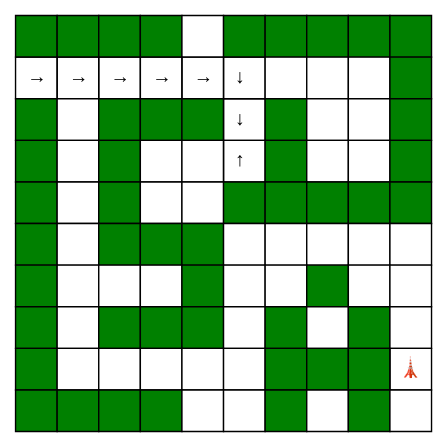
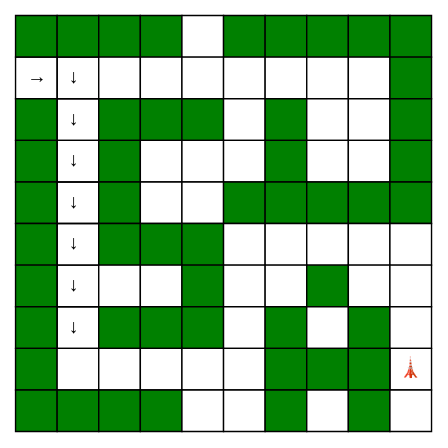
Before and after one commit to Changyue-Tan/COMP9024: the diagram in tut/week10/images/HtmlMaze_0018.dot, drawn with Graphviz. The commit also changed 342 other files, not shown here.

```diff
--- a/tut/week10/images/HtmlMaze_0018.dot
+++ b/tut/week10/images/HtmlMaze_0018.dot
@@ -1,126 +1,126 @@
 digraph maze { 
 Maze [shape=none, margin=0, label=< 
 <table border="0" cellborder="1" cellspacing="0" cellpadding="0"> 
 <tr> 
 <td width="30" height="30" bgcolor="green"></td> 
 <td width="30" height="30" bgcolor="green"></td> 
 <td width="30" height="30" bgcolor="green"></td> 
 <td width="30" height="30" bgcolor="green"></td> 
 <td width="30" height="30" bgcolor="white"></td> 
 <td width="30" height="30" bgcolor="green"></td> 
 <td width="30" height="30" bgcolor="green"></td> 
 <td width="30" height="30" bgcolor="green"></td> 
 <td width="30" height="30" bgcolor="green"></td> 
 <td width="30" height="30" bgcolor="green"></td> 
 </tr> 
 <tr> 
 <td width="30" height="30">&#x2192;</td> 
-<td width="30" height="30">&#x2192;</td> 
-<td width="30" height="30">&#x2192;</td> 
-<td width="30" height="30">&#x2192;</td> 
-<td width="30" height="30">&#x2192;</td> 
 <td width="30" height="30">&#x2193;</td> 
+<td width="30" height="30" bgcolor="white"></td> 
+<td width="30" height="30" bgcolor="white"></td> 
+<td width="30" height="30" bgcolor="white"></td> 
+<td width="30" height="30" bgcolor="white"></td> 
 <td width="30" height="30" bgcolor="white"></td> 
 <td width="30" height="30" bgcolor="white"></td> 
 <td width="30" height="30" bgcolor="white"></td> 
 <td width="30" height="30" bgcolor="green"></td> 
 </tr> 
 <tr> 
 <td width="30" height="30" bgcolor="green"></td> 
-<td width="30" height="30" bgcolor="white"></td> 
+<td width="30" height="30">&#x2193;</td> 
 <td width="30" height="30" bgcolor="green"></td> 
 <td width="30" height="30" bgcolor="green"></td> 
 <td width="30" height="30" bgcolor="green"></td> 
-<td width="30" height="30">&#x2193;</td> 
+<td width="30" height="30" bgcolor="white"></td> 
 <td width="30" height="30" bgcolor="green"></td> 
 <td width="30" height="30" bgcolor="white"></td> 
 <td width="30" height="30" bgcolor="white"></td> 
 <td width="30" height="30" bgcolor="green"></td> 
 </tr> 
 <tr> 
 <td width="30" height="30" bgcolor="green"></td> 
-<td width="30" height="30" bgcolor="white"></td> 
+<td width="30" height="30">&#x2193;</td> 
 <td width="30" height="30" bgcolor="green"></td> 
 <td width="30" height="30" bgcolor="white"></td> 
 <td width="30" height="30" bgcolor="white"></td> 
-<td width="30" height="30">&#x2191;</td> 
+<td width="30" height="30" bgcolor="white"></td> 
 <td width="30" height="30" bgcolor="green"></td> 
 <td width="30" height="30" bgcolor="white"></td> 
 <td width="30" height="30" bgcolor="white"></td> 
 <td width="30" height="30" bgcolor="green"></td> 
 </tr> 
 <tr> 
 <td width="30" height="30" bgcolor="green"></td> 
-<td width="30" height="30" bgcolor="white"></td> 
+<td width="30" height="30">&#x2193;</td> 
 <td width="30" height="30" bgcolor="green"></td> 
 <td width="30" height="30" bgcolor="white"></td> 
 <td width="30" height="30" bgcolor="white"></td> 
 <td width="30" height="30" bgcolor="green"></td> 
 <td width="30" height="30" bgcolor="green"></td> 
 <td width="30" height="30" bgcolor="green"></td> 
 <td width="30" height="30" bgcolor="green"></td> 
 <td width="30" height="30" bgcolor="green"></td> 
 </tr> 
 <tr> 
 <td width="30" height="30" bgcolor="green"></td> 
-<td width="30" height="30" bgcolor="white"></td> 
+<td width="30" height="30">&#x2193;</td> 
 <td width="30" height="30" bgcolor="green"></td> 
 <td width="30" height="30" bgcolor="green"></td> 
 <td width="30" height="30" bgcolor="green"></td> 
 <td width="30" height="30" bgcolor="white"></td> 
 <td width="30" height="30" bgcolor="white"></td> 
 <td width="30" height="30" bgcolor="white"></td> 
 <td width="30" height="30" bgcolor="white"></td> 
 <td width="30" height="30" bgcolor="white"></td> 
 </tr> 
 <tr> 
 <td width="30" height="30" bgcolor="green"></td> 
-<td width="30" height="30" bgcolor="white"></td> 
+<td width="30" height="30">&#x2193;</td> 
 <td width="30" height="30" bgcolor="white"></td> 
 <td width="30" height="30" bgcolor="white"></td> 
 <td width="30" height="30" bgcolor="green"></td> 
 <td width="30" height="30" bgcolor="white"></td> 
 <td width="30" height="30" bgcolor="white"></td> 
 <td width="30" height="30" bgcolor="green"></td> 
 <td width="30" height="30" bgcolor="white"></td> 
 <td width="30" height="30" bgcolor="white"></td> 
 </tr> 
 <tr> 
 <td width="30" height="30" bgcolor="green"></td> 
-<td width="30" height="30" bgcolor="white"></td> 
+<td width="30" height="30">&#x2193;</td> 
 <td width="30" height="30" bgcolor="green"></td> 
 <td width="30" height="30" bgcolor="green"></td> 
 <td width="30" height="30" bgcolor="green"></td> 
 <td width="30" height="30" bgcolor="white"></td> 
 <td width="30" height="30" bgcolor="green"></td> 
 <td width="30" height="30" bgcolor="white"></td> 
 <td width="30" height="30" bgcolor="green"></td> 
 <td width="30" height="30" bgcolor="white"></td> 
 </tr> 
 <tr> 
 <td width="30" height="30" bgcolor="green"></td> 
 <td width="30" height="30" bgcolor="white"></td> 
 <td width="30" height="30" bgcolor="white"></td> 
 <td width="30" height="30" bgcolor="white"></td> 
 <td width="30" height="30" bgcolor="white"></td> 
 <td width="30" height="30" bgcolor="white"></td> 
 <td width="30" height="30" bgcolor="green"></td> 
 <td width="30" height="30" bgcolor="green"></td> 
 <td width="30" height="30" bgcolor="green"></td> 
 <td width="30" height="30">&#128508;</td> 
 </tr> 
 <tr> 
 <td width="30" height="30" bgcolor="green"></td> 
 <td width="30" height="30" bgcolor="green"></td> 
 <td width="30" height="30" bgcolor="green"></td> 
 <td width="30" height="30" bgcolor="green"></td> 
 <td width="30" height="30" bgcolor="white"></td> 
 <td width="30" height="30" bgcolor="white"></td> 
 <td width="30" height="30" bgcolor="green"></td> 
 <td width="30" height="30" bgcolor="white"></td> 
 <td width="30" height="30" bgcolor="green"></td> 
 <td width="30" height="30" bgcolor="white"></td> 
 </tr> 
 </table> 
   >]; 
 } 
```
